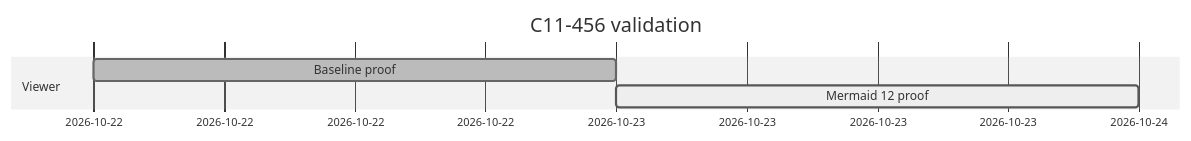
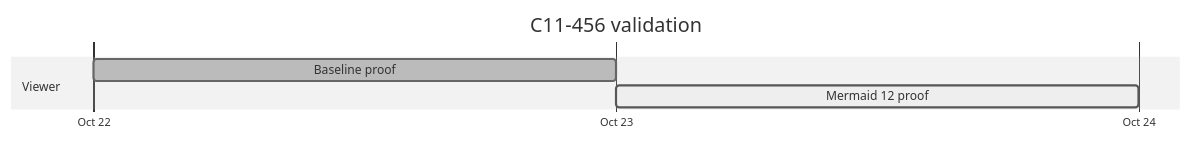
One commit to Stage-11-Agentics/c11 changed the fifth of 6 diagrams in docs/design-prototypes/markdown-viewer/fixtures/mermaid-12-acceptance.md. Above: the diagram before and after it, drawn with Mermaid (neutral theme). The commit also changed 2 other files, not shown here.

Commit message:
C11-456: stabilize Mermaid 12 math and Gantt layout

````diff
--- a/docs/design-prototypes/markdown-viewer/fixtures/mermaid-12-acceptance.md
+++ b/docs/design-prototypes/markdown-viewer/fixtures/mermaid-12-acceptance.md
@@ -58,8 +58,10 @@
 ```mermaid
 gantt
     title C11-456 validation
     dateFormat YYYY-MM-DD
+    axisFormat %b %d
+    tickInterval 1day
     section Viewer
     Baseline proof :done, baseline, 2026-10-22, 1d
     Mermaid 12 proof :active, upgrade, after baseline, 1d
 ```
````
